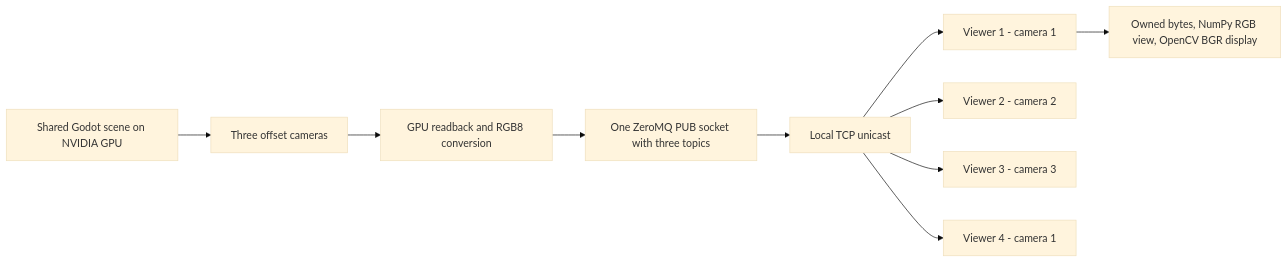
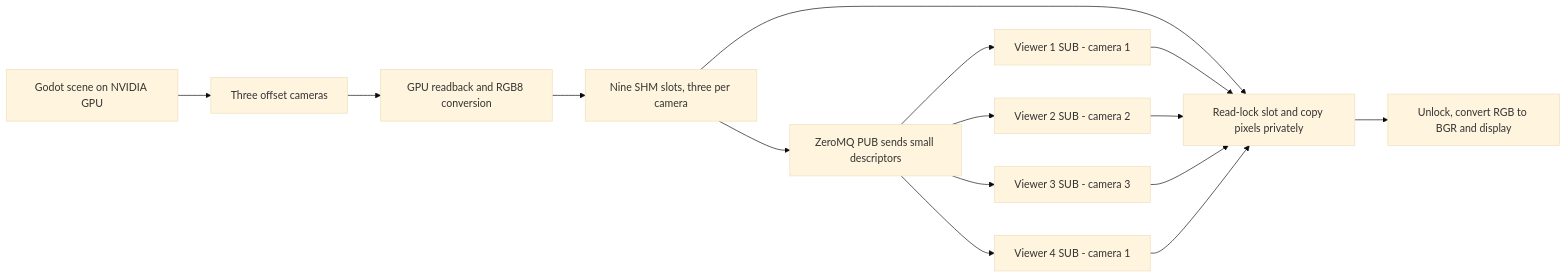
The first of 2 diagrams in README.md (robobe/godot_camera_publish), drawn with Mermaid (base theme) before and after one commit. The commit also changed other lines of this file and 8 other files, not shown here.

Commit message:
Add shared-memory image transport with ZeroMQ signaling

````diff
--- a/README.md
+++ b/README.md
@@ -93,12 +93,17 @@
 ```mermaid
 flowchart LR
-    World[Shared Godot scene on NVIDIA GPU] --> Cameras[Three offset cameras]
+    World[Godot scene on NVIDIA GPU] --> Cameras[Three offset cameras]
     Cameras --> RGB[GPU readback and RGB8 conversion]
-    RGB --> PUB[One ZeroMQ PUB socket with three topics]
-    PUB --> TCP[Local TCP unicast]
-    TCP --> V1[Viewer 1 - camera 1]
-    TCP --> V2[Viewer 2 - camera 2]
-    TCP --> V3[Viewer 3 - camera 3]
-    TCP --> V4[Viewer 4 - camera 1]
-    V1 --> Display[Owned bytes, NumPy RGB view, OpenCV BGR display]
+    RGB --> Slots[Nine SHM slots, three per camera]
+    Slots --> PUB[ZeroMQ PUB sends small descriptors]
+    PUB --> V1[Viewer 1 SUB - camera 1]
+    PUB --> V2[Viewer 2 SUB - camera 2]
+    PUB --> V3[Viewer 3 SUB - camera 3]
+    PUB --> V4[Viewer 4 SUB - camera 1]
+    Slots --> Read[Read-lock slot and copy pixels privately]
+    V1 --> Read
+    V2 --> Read
+    V3 --> Read
+    V4 --> Read
+    Read --> Display[Unlock, convert RGB to BGR and display]
 ```
````
